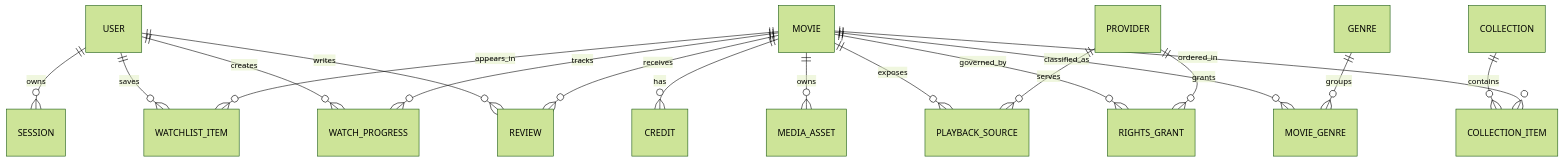
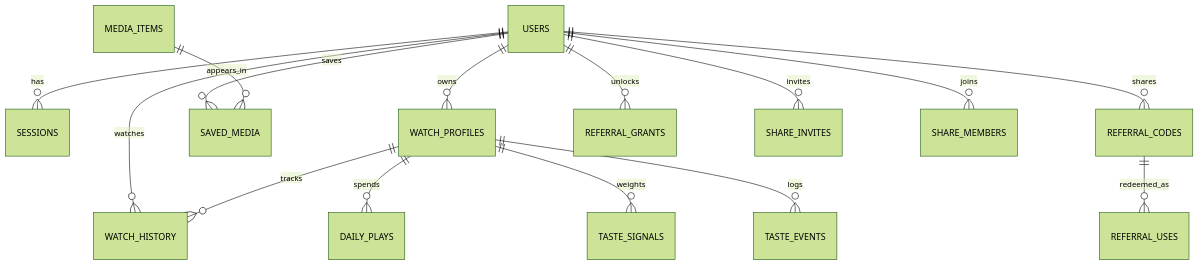
One commit to Lenium-Inc/lenium-movies changed the diagram in docs/data-model.md. Above: the diagram before and after it, drawn with Mermaid (forest theme). The commit also changed other lines of this file and 26 other files, not shown here.

````diff
--- a/docs/data-model.md
+++ b/docs/data-model.md
@@ -45,20 +107,17 @@
 ```mermaid
 erDiagram
-  USER ||--o{ SESSION : owns
-  USER ||--o{ WATCHLIST_ITEM : saves
-  USER ||--o{ WATCH_PROGRESS : creates
-  USER ||--o{ REVIEW : writes
-  MOVIE ||--o{ WATCHLIST_ITEM : appears_in
-  MOVIE ||--o{ WATCH_PROGRESS : tracks
-  MOVIE ||--o{ CREDIT : has
-  MOVIE ||--o{ MEDIA_ASSET : owns
-  MOVIE ||--o{ PLAYBACK_SOURCE : exposes
-  MOVIE ||--o{ RIGHTS_GRANT : governed_by
-  MOVIE ||--o{ REVIEW : receives
-  MOVIE ||--o{ MOVIE_GENRE : classified_as
-  GENRE ||--o{ MOVIE_GENRE : groups
-  PROVIDER ||--o{ RIGHTS_GRANT : grants
-  PROVIDER ||--o{ PLAYBACK_SOURCE : serves
-  COLLECTION ||--o{ COLLECTION_ITEM : contains
-  MOVIE ||--o{ COLLECTION_ITEM : ordered_in
+  USERS ||--o{ SESSIONS : has
+  USERS ||--o{ WATCH_PROFILES : owns
+  USERS ||--o{ SAVED_MEDIA : saves
+  USERS ||--o{ WATCH_HISTORY : watches
+  USERS ||--o{ REFERRAL_CODES : shares
+  USERS ||--o{ REFERRAL_GRANTS : unlocks
+  USERS ||--o{ SHARE_INVITES : invites
+  USERS ||--o{ SHARE_MEMBERS : joins
+  WATCH_PROFILES ||--o{ WATCH_HISTORY : tracks
+  WATCH_PROFILES ||--o{ DAILY_PLAYS : spends
+  WATCH_PROFILES ||--o{ TASTE_SIGNALS : weights
+  WATCH_PROFILES ||--o{ TASTE_EVENTS : logs
+  REFERRAL_CODES ||--o{ REFERRAL_USES : redeemed_as
+  MEDIA_ITEMS ||--o{ SAVED_MEDIA : appears_in
 ```
````
